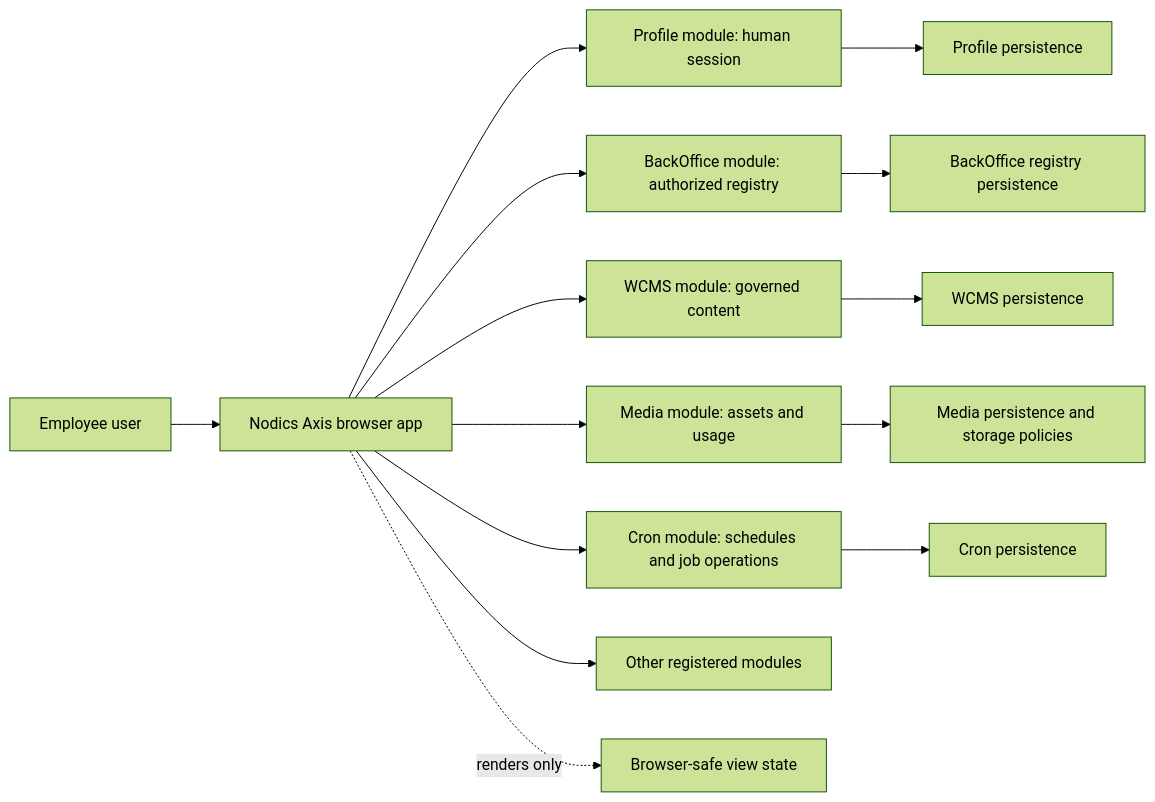
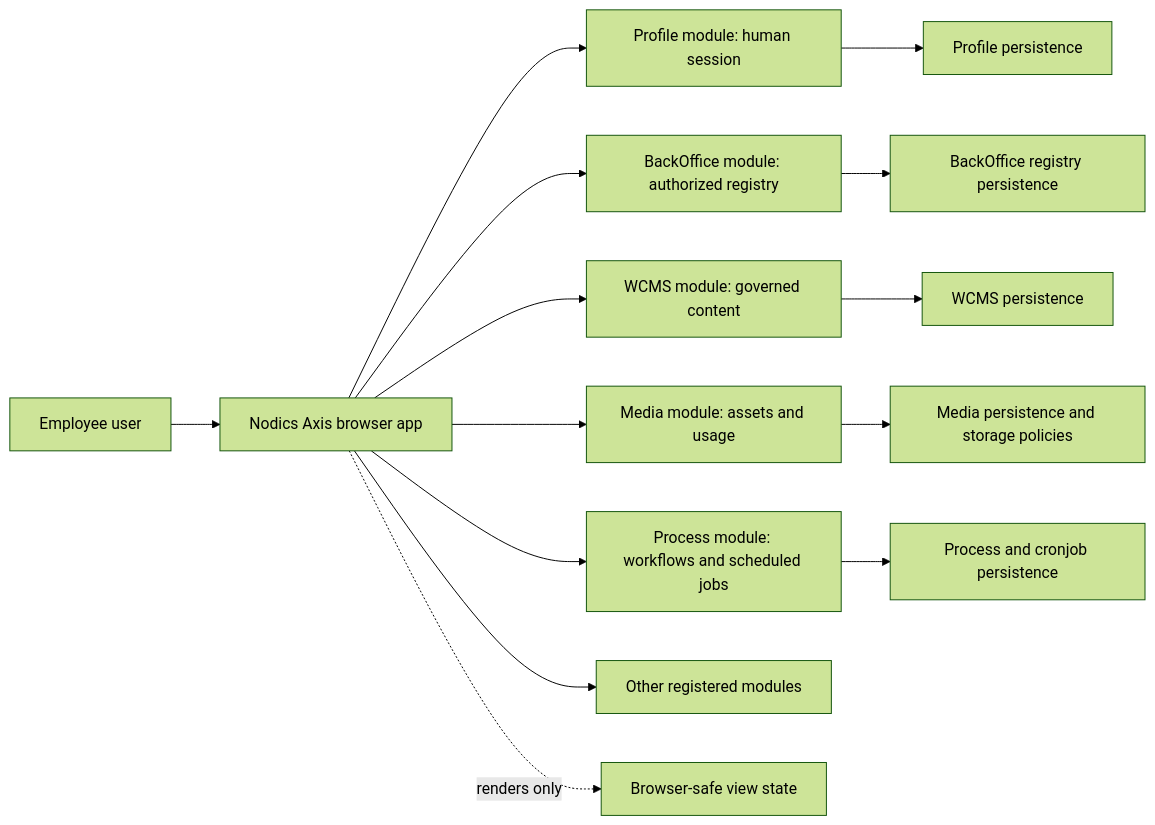
Before and after one commit to Nodics/nodics.ai: the diagram in nodics.platform/modules/axis/docs/pages/architecture-and-ownership.md, drawn with Mermaid (forest theme). The commit also changed other lines of this file and 43 other files, not shown here.

````diff
--- a/nodics.platform/modules/axis/docs/pages/architecture-and-ownership.md
+++ b/nodics.platform/modules/axis/docs/pages/architecture-and-ownership.md
@@ -101,18 +100,18 @@
 ```mermaid
 flowchart LR
     User["Employee user"] --> Axis["Nodics Axis browser app"]
     Axis --> Profile["Profile module: human session"]
     Axis --> BackOffice["BackOffice module: authorized registry"]
     Axis --> WCMS["WCMS module: governed content"]
     Axis --> Media["Media module: assets and usage"]
-    Axis --> Cron["Cron module: schedules and job operations"]
+    Axis --> Process["Process module: workflows and scheduled jobs"]
     Axis --> Other["Other registered modules"]
 
     Profile --> DB1["Profile persistence"]
     BackOffice --> DB2["BackOffice registry persistence"]
     WCMS --> DB3["WCMS persistence"]
     Media --> DB4["Media persistence and storage policies"]
-    Cron --> DB5["Cron persistence"]
+    Process --> DB5["Process and cronjob persistence"]
 
     Axis -. "renders only" .-> BrowserState["Browser-safe view state"]
 ```
````
